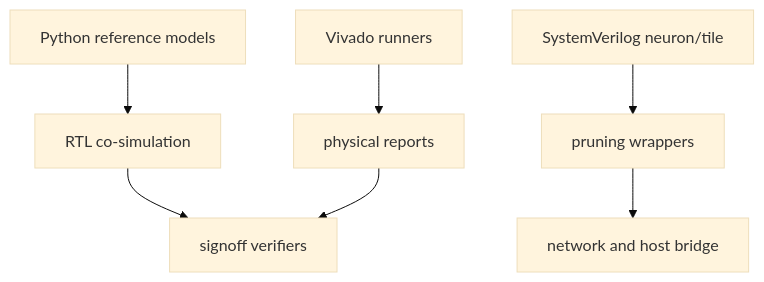
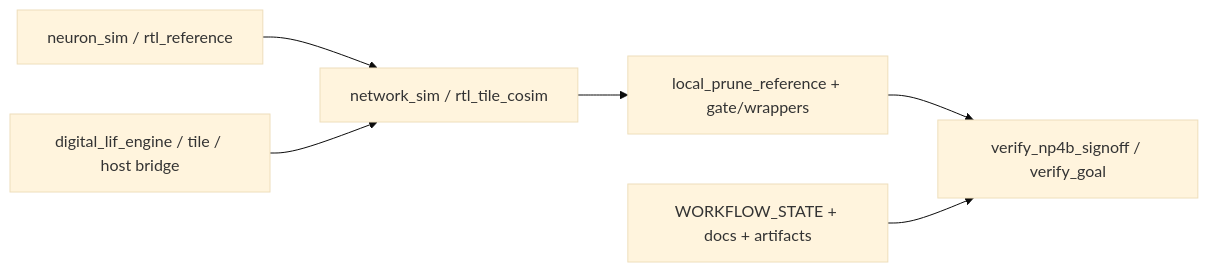
The diagram in .nexus-map/arch/dependencies.md (Epslion404/ENeuron), drawn with Mermaid (base theme) before and after one commit. The commit also changed other lines of this file and 23 other files, not shown here.

````diff
--- a/.nexus-map/arch/dependencies.md
+++ b/.nexus-map/arch/dependencies.md
@@ -7,9 +7,8 @@
 ```mermaid
-graph TD
-  ref[Python reference models] --> cosim[RTL co-simulation]
-  rtl[SystemVerilog neuron/tile] --> wrap[pruning wrappers]
-  wrap --> net[network and host bridge]
-  cosim --> verify[signoff verifiers]
-  vivado[Vivado runners] --> reports[physical reports]
-  reports --> verify
+flowchart LR
+  REF[neuron_sim / rtl_reference] --> SIM[network_sim / rtl_tile_cosim]
+  SIM --> PRUNE[local_prune_reference + gate/wrappers]
+  PRUNE --> SIGN[verify_np4b_signoff / verify_goal]
+  RTL[digital_lif_engine / tile / host bridge] --> SIM
+  DOC[WORKFLOW_STATE + docs + artifacts] --> SIGN
 ```
````
